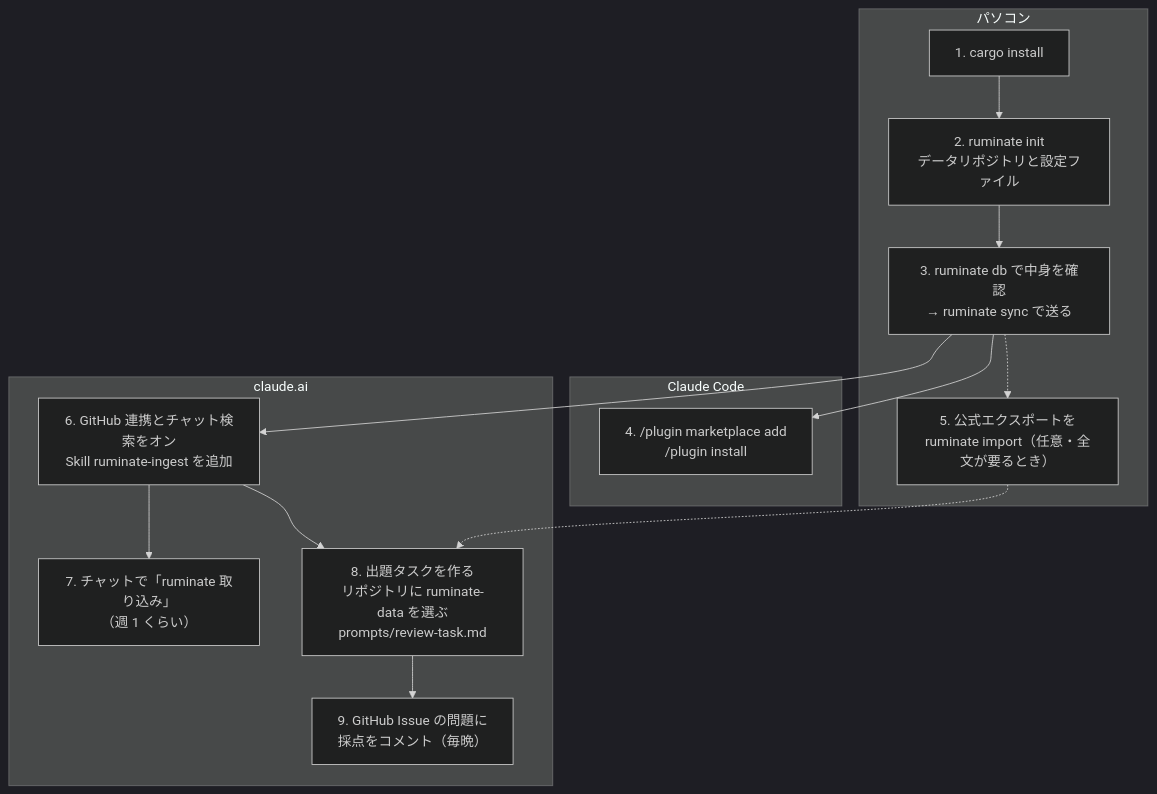
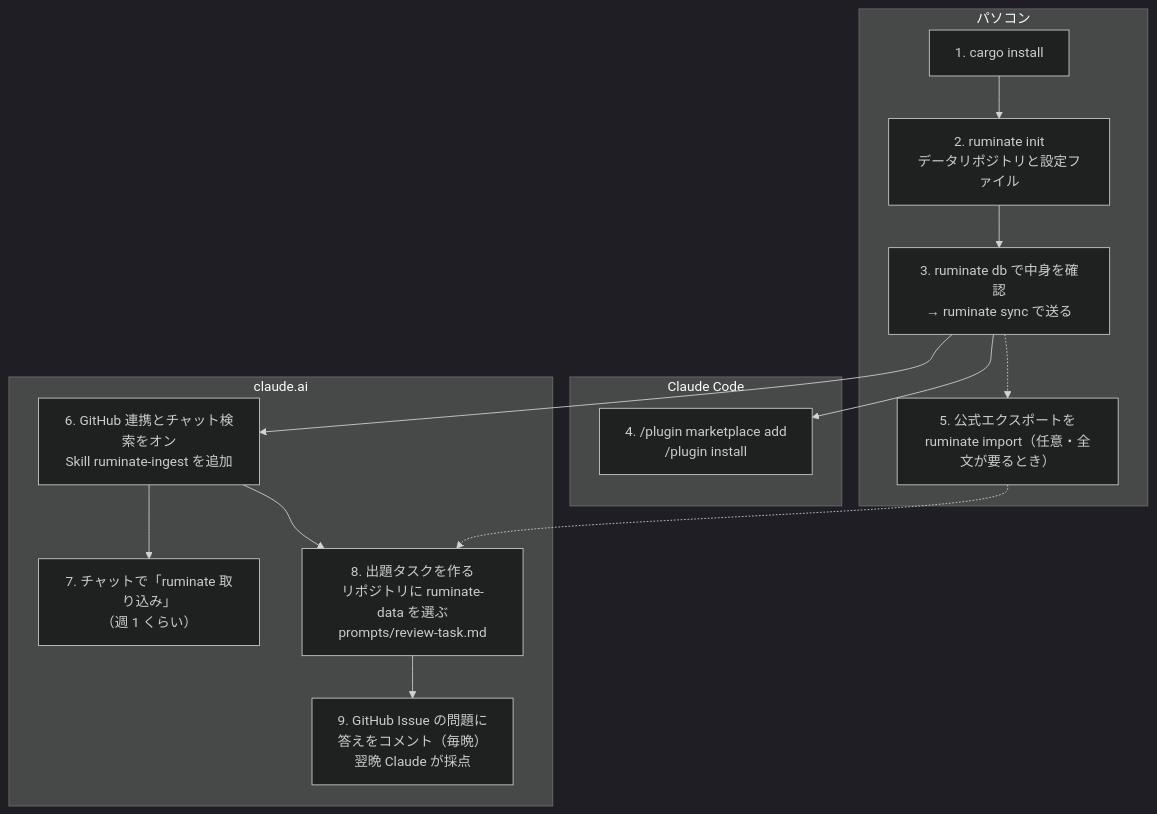
Before and after one commit to futabooo/ruminate: the diagram in README.md, drawn with Mermaid (dark theme). The commit also changed other lines of this file and 4 other files, not shown here.

````diff
--- a/README.md
+++ b/README.md
@@ -29,20 +29,20 @@
 ```mermaid
 flowchart TD
     subgraph pc["パソコン"]
         A["1. cargo install"] --> B["2. ruminate init<br/>データリポジトリと設定ファイル"]
         B --> C["3. ruminate db で中身を確認<br/>→ ruminate sync で送る"]
         C -.-> E["5. 公式エクスポートを<br/>ruminate import（任意・全文が要るとき）"]
     end
     subgraph cc["Claude Code"]
         D["4. /plugin marketplace add<br/>/plugin install"]
     end
     subgraph ai["claude.ai"]
         F["6. GitHub 連携とチャット検索をオン<br/>Skill ruminate-ingest を追加"]
         F --> G["7. チャットで「ruminate 取り込み」<br/>（週 1 くらい）"]
         F --> H["8. 出題タスクを作る<br/>リポジトリに ruminate-data を選ぶ<br/>prompts/review-task.md"]
-        H --> I["9. GitHub Issue の問題に<br/>採点をコメント（毎晩）"]
+        H --> I["9. GitHub Issue の問題に<br/>答えをコメント（毎晩）<br/>翌晩 Claude が採点"]
     end
     C --> D
     C --> F
     E -.-> H
 ```
````
